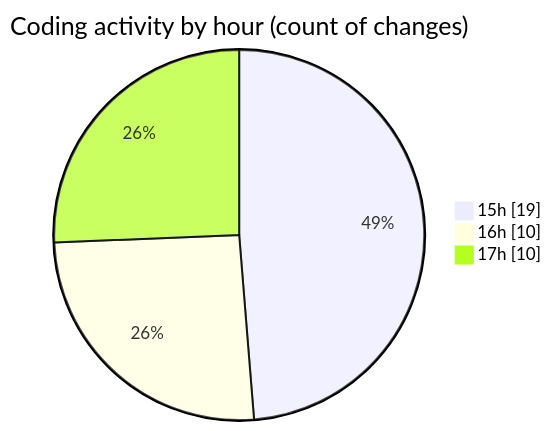
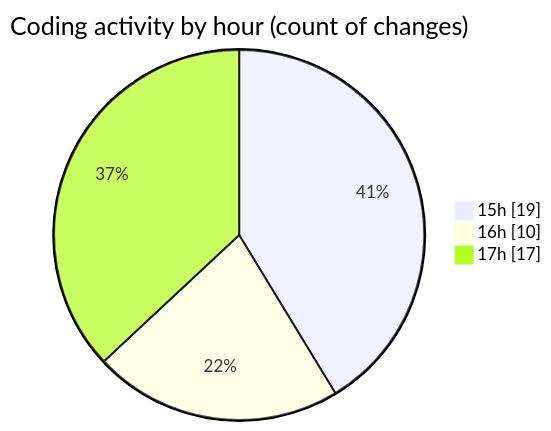
Before and after one commit to nxtqubesakshisongat/code-tracking: the second of 2 diagrams in 2025-10-07/nxtqube_webapp/README.md, drawn with Mermaid. The commit also changed other lines of this file and 1 other file, not shown here.

````diff
--- a/2025-10-07/nxtqube_webapp/README.md
+++ b/2025-10-07/nxtqube_webapp/README.md
@@ -30,7 +30,7 @@
 ```mermaid
 pie showData
 title Coding activity by hour (count of changes)
 "15h" : 19
 "16h" : 10
-"17h" : 10
+"17h" : 17
 ```
````
